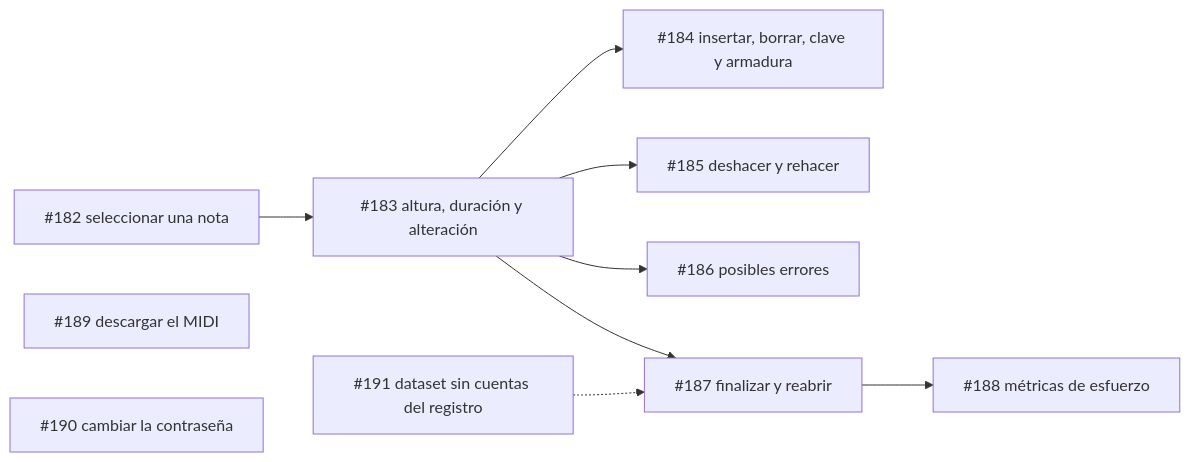
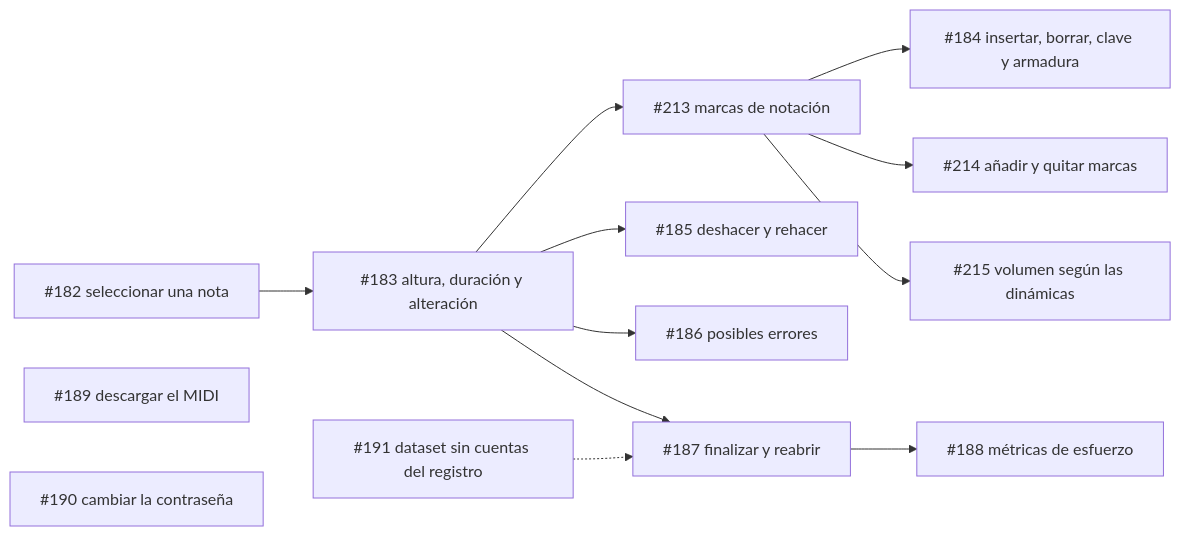
One commit to sebdavid3/Cadenza changed the diagram in docs/phases/phase_8_web_interface/README.md. Above: the diagram before and after it, drawn with Mermaid. The commit also changed other lines of this file and 7 other files, not shown here.

First line of the commit message:
docs(docs): documentar las marcas de notación del ScoreIR

````diff
--- a/docs/phases/phase_8_web_interface/README.md
+++ b/docs/phases/phase_8_web_interface/README.md
@@ -55,12 +58,15 @@
 ```mermaid
 flowchart LR
     S182["#182 seleccionar una nota"] --> S183["#183 altura, duración y alteración"]
-    S183 --> S184["#184 insertar, borrar, clave y armadura"]
+    S183 --> S213["#213 marcas de notación"]
+    S213 --> S184["#184 insertar, borrar, clave y armadura"]
+    S213 --> S214["#214 añadir y quitar marcas"]
+    S213 --> S215["#215 volumen según las dinámicas"]
     S183 --> S185["#185 deshacer y rehacer"]
     S183 --> S186["#186 posibles errores"]
     S183 --> S187["#187 finalizar y reabrir"]
     S191["#191 dataset sin cuentas del registro"] -.-> S187
     S187 --> S188["#188 métricas de esfuerzo"]
     S189["#189 descargar el MIDI"]
     S190["#190 cambiar la contraseña"]
 ```
````
